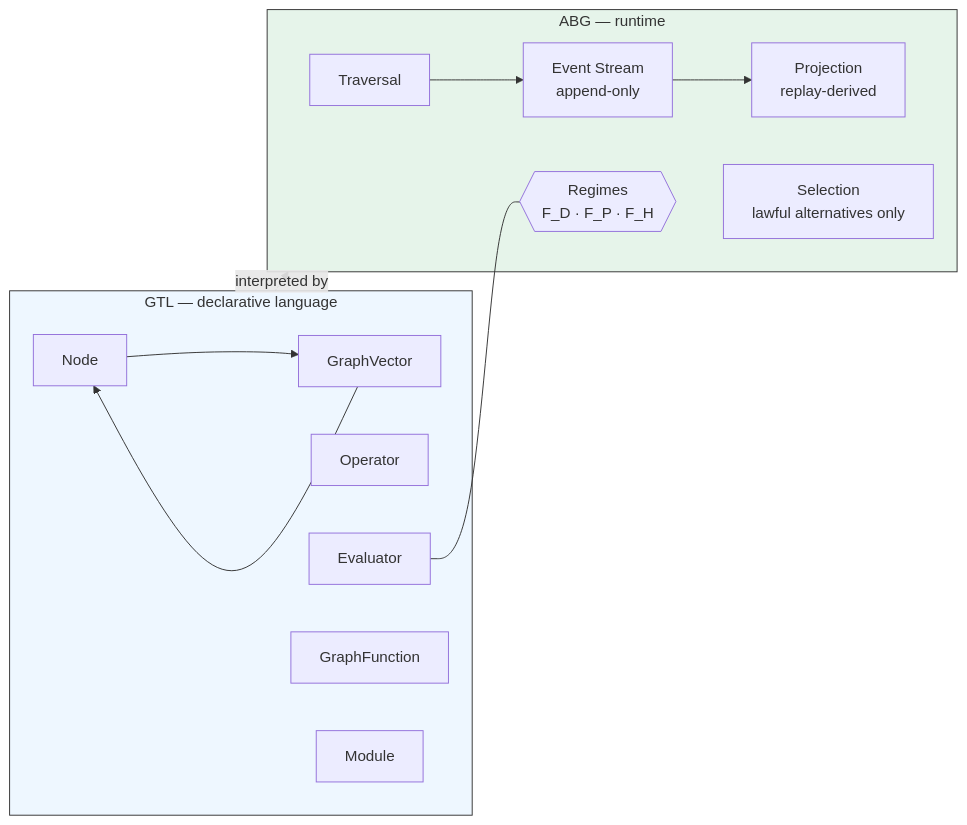
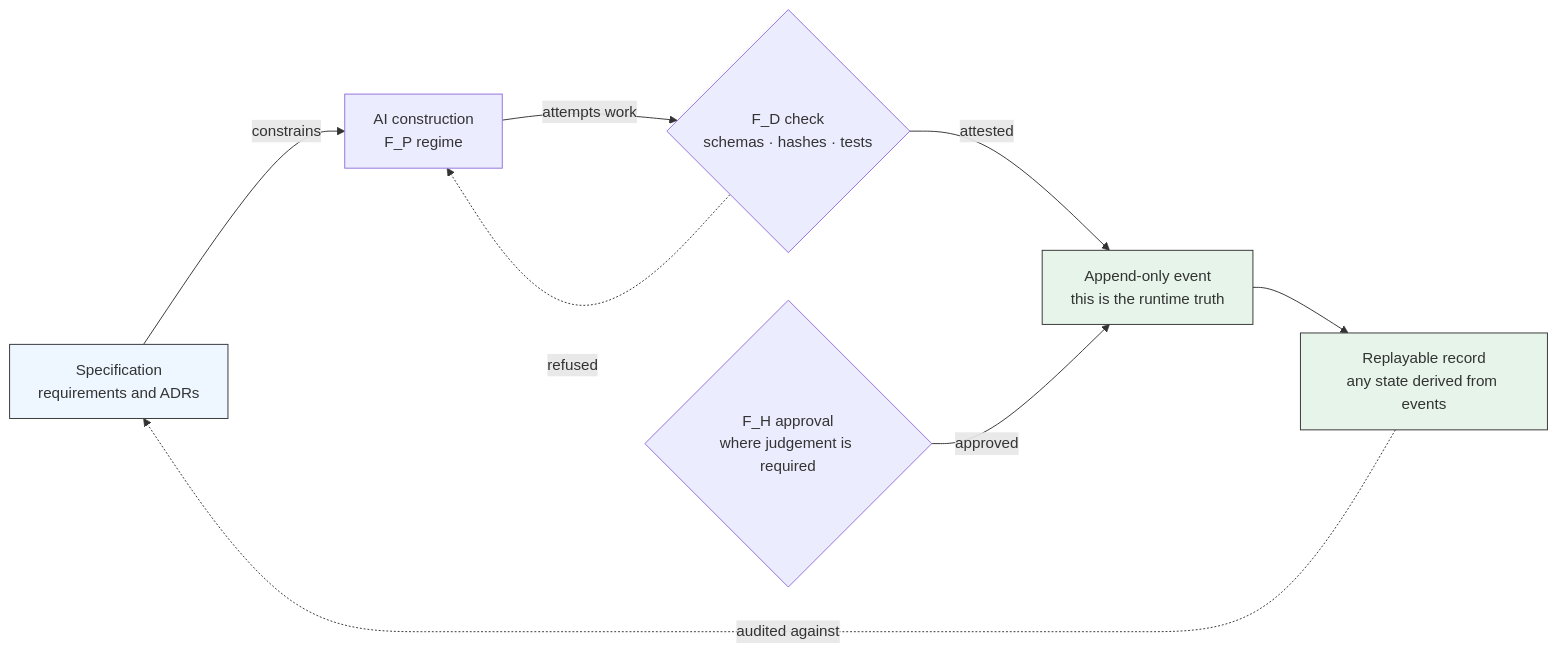
Before and after one commit to foolishimp/abiogenesis: the second of 3 diagrams in docs/THE_GENESIS_VISION.md, drawn with Mermaid. The commit also changed other lines of this file and 3 other files, not shown here.

````diff
--- a/docs/THE_GENESIS_VISION.md
+++ b/docs/THE_GENESIS_VISION.md
@@ -127,22 +130,21 @@
 ```mermaid
 graph LR
-    subgraph GTL_BOX["GTL — declarative language"]
-        N[Node] --> V[GraphVector]
-        V --> N
-        OP[Operator]
-        EV[Evaluator]
-        GF[GraphFunction]
-        MOD[Module]
-    end
-    subgraph ABG_BOX["ABG — runtime"]
-        TR[Traversal] --> EM[Event Stream<br/>append-only]
-        EM --> PR[Projection<br/>replay-derived]
-        SEL[Selection<br/>lawful alternatives only]
-        REG{{"Regimes<br/>F_D · F_P · F_H"}}
-    end
-    GTL_BOX -.interpreted by.-> ABG_BOX
-    EV --- REG
+    SPEC[Specification<br/>requirements and ADRs]
+    WORK[AI construction<br/>F_P regime]
+    FD{F_D check<br/>schemas · hashes · tests}
+    FH{F_H approval<br/>where judgement is required}
+    EVENT[Append-only event<br/>this is the runtime truth]
+    PROJ[Replayable record<br/>any state derived from events]
 
-    style GTL_BOX fill:#eef7ff,stroke:#333
-    style ABG_BOX fill:#e6f4ea,stroke:#333
+    SPEC -->|constrains| WORK
+    WORK -->|attempts work| FD
+    FD -.refused.-> WORK
+    FD -->|attested| EVENT
+    FH -->|approved| EVENT
+    EVENT --> PROJ
+    PROJ -.audited against.-> SPEC
+
+    style SPEC fill:#eef7ff,stroke:#333
+    style EVENT fill:#e6f4ea,stroke:#333
+    style PROJ fill:#e6f4ea,stroke:#333
 ```
````
